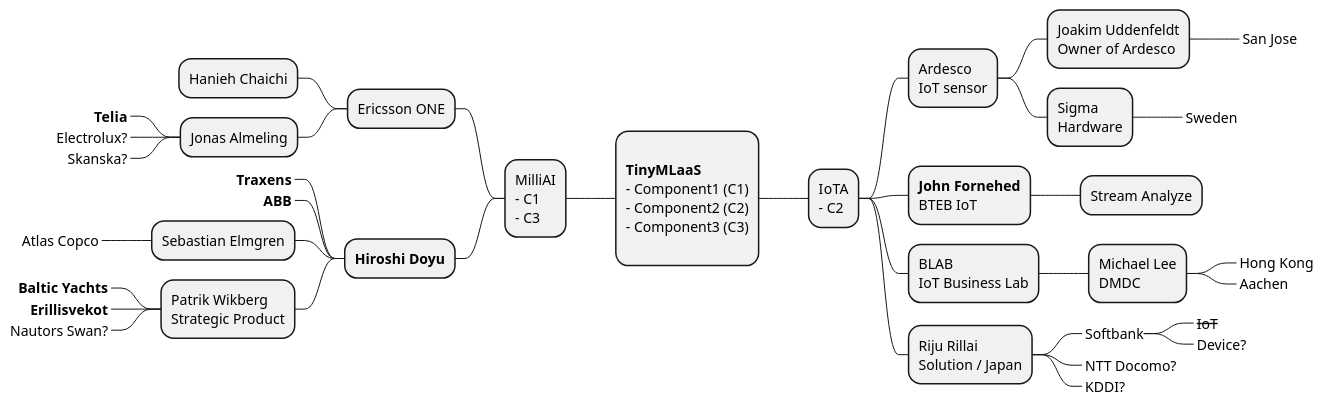
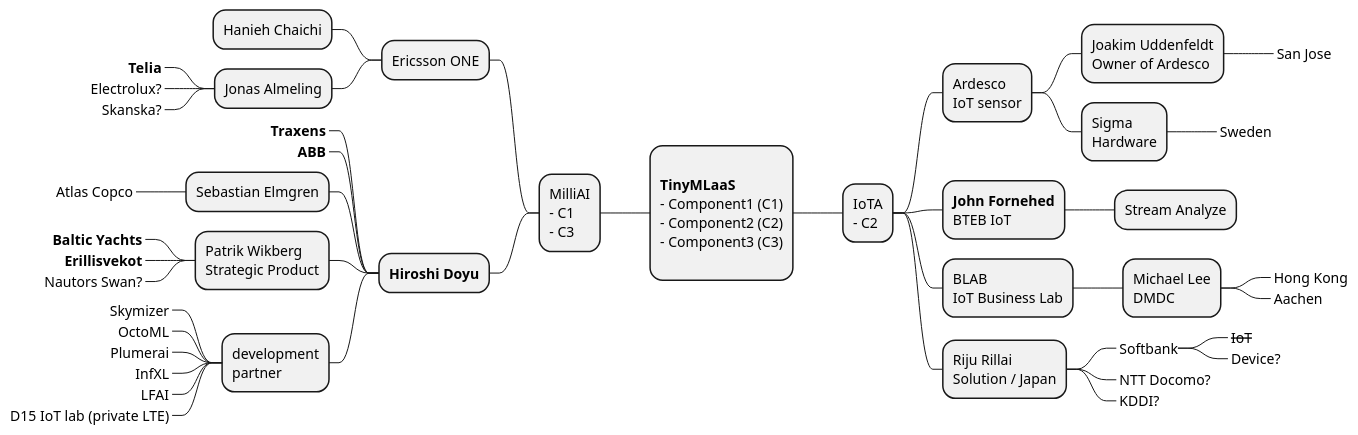
Before and after one commit to doyu/elc2019: the diagram in stakeholders.puml, drawn with PlantUML.

Commit message:
update stakeholders

```diff
--- a/stakeholders.puml
+++ b/stakeholders.puml
@@ -1,40 +1,47 @@
 @startmindmap
 scale max 2048 width
 
 + \n**TinyMLaaS**\n- Component1 (C1)\n- Component2 (C2)\n- Component3 (C3)\n
 -- MilliAI\n- C1\n- C3
 --- Ericsson ONE
 ---- Hanieh Chaichi
 ---- Jonas Almeling
 -----_ **Telia**
 -----_ Electrolux?
 -----_ Skanska?
 --- **Hiroshi Doyu**
 ----_ **Traxens**
 ----_ **ABB**
 ---- Sebastian Elmgren
 -----_ Atlas Copco
 ---- Patrik Wikberg\nStrategic Product
 -----_ **Baltic Yachts**
 -----_ **Erillisvekot**
 -----_ Nautors Swan?
+---- development\npartner
+-----_ Skymizer
+-----_ OctoML
+-----_ Plumerai
+-----_ InfXL
+-----_ LFAI
+-----_ D15 IoT lab (private LTE)
 ++ IoTA\n- C2
 +++ Ardesco\nIoT sensor
 ++++ Joakim Uddenfeldt\nOwner of Ardesco
 +++++_ San Jose
 ++++ Sigma\nHardware
 +++++_ Sweden
 +++ **John Fornehed**\nBTEB IoT
 ++++ Stream Analyze
 +++ BLAB\nIoT Business Lab
 ++++ Michael Lee\nDMDC
 +++++_ Hong Kong
 +++++_ Aachen
 +++ Riju Rillai\nSolution / Japan
 ++++_ Softbank
 +++++_ <s>IoT</s>
 +++++_ Device?
 ++++_ NTT Docomo?
 ++++_ KDDI?
 
 @endmindmap
```
